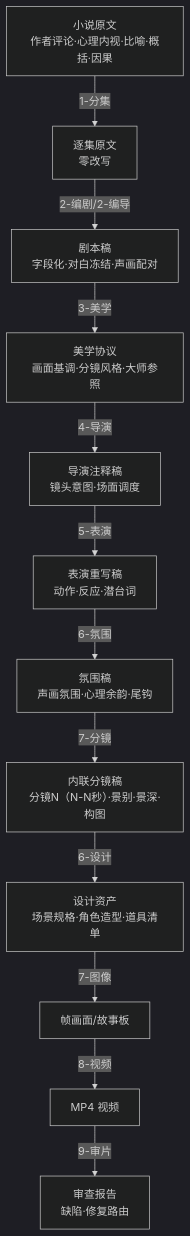
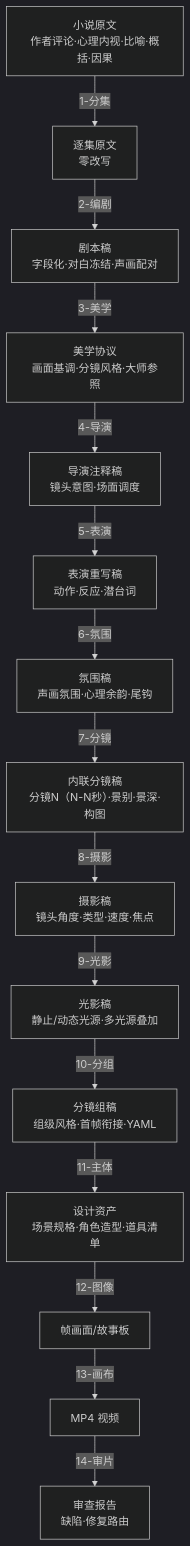
Before and after one commit to ZEN-VOID/AI-CUT: the second of 2 diagrams in .agents/skills/aigc/CONTEXT.md, drawn with Mermaid (dark theme). The commit also changed other lines of this file and 739 other files, not shown here.

````diff
--- a/.agents/skills/aigc/CONTEXT.md
+++ b/.agents/skills/aigc/CONTEXT.md
@@ -107,14 +110,17 @@
 ```mermaid
 flowchart TD
     N["小说原文<br/>作者评论·心理内视·比喻·概括·因果"] -->|"1-分集"| A["逐集原文<br/>零改写"]
-    A -->|"2-编剧/2-编导"| B["剧本稿<br/>字段化·对白冻结·声画配对"]
+    A -->|"2-编剧"| B["剧本稿<br/>字段化·对白冻结·声画配对"]
     B -->|"3-美学"| C["美学协议<br/>画面基调·分镜风格·大师参照"]
     C -->|"4-导演"| D["导演注释稿<br/>镜头意图·场面调度"]
     D -->|"5-表演"| E["表演重写稿<br/>动作·反应·潜台词"]
     E -->|"6-氛围"| F["氛围稿<br/>声画氛围·心理余韵·尾钩"]
     F -->|"7-分镜"| K["内联分镜稿<br/>分镜N（N-N秒）·景别·景深·构图"]
-    K -->|"6-设计"| G["设计资产<br/>场景规格·角色造型·道具清单"]
-    G -->|"7-图像"| H["帧画面/故事板"]
-    H -->|"8-视频"| I["MP4 视频"]
-    I -->|"9-审片"| J["审查报告<br/>缺陷·修复路由"]
+    K -->|"8-摄影"| K2["摄影稿<br/>镜头角度·类型·速度·焦点"]
+    K2 -->|"9-光影"| K3["光影稿<br/>静止/动态光源·多光源叠加"]
+    K3 -->|"10-分组"| K4["分镜组稿<br/>组级风格·首帧衔接·YAML"]
+    K4 -->|"11-主体"| G["设计资产<br/>场景规格·角色造型·道具清单"]
+    G -->|"12-图像"| H["帧画面/故事板"]
+    H -->|"13-画布"| I["MP4 视频"]
+    I -->|"14-审片"| J["审查报告<br/>缺陷·修复路由"]
 ```
````
